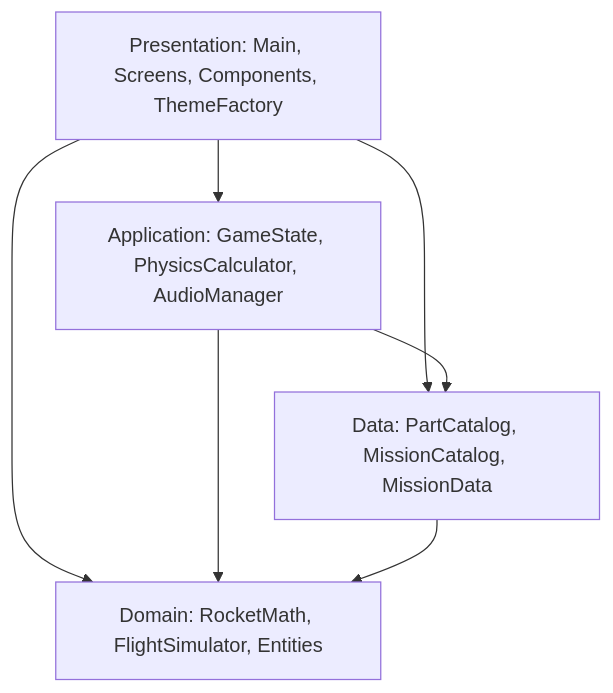
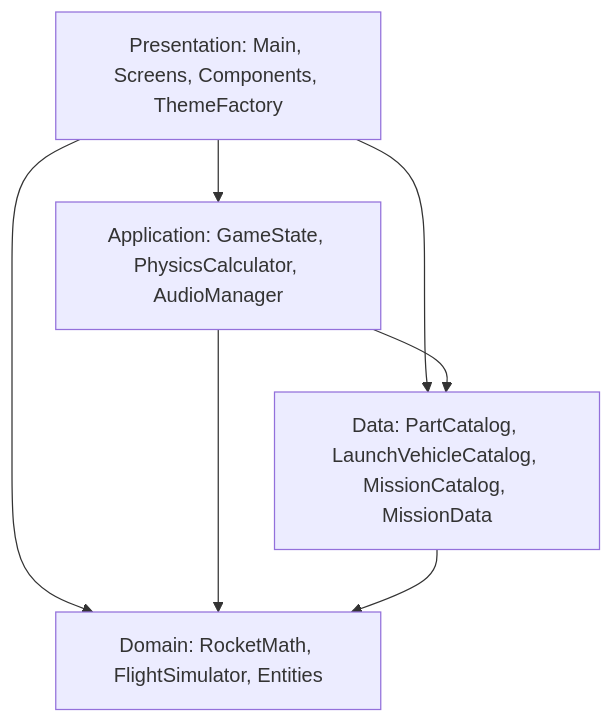
One commit to evert-aov/mision-critica changed the diagram in guia-desarrollador/00-ARQUITECTURA-Y-CONFIGURACION.md. Above: the diagram before and after it, drawn with Mermaid. The commit also changed other lines of this file and 10 other files, not shown here.

Commit message:
docs: update architecture guides and add requirements verification matrix

````diff
--- a/guia-desarrollador/00-ARQUITECTURA-Y-CONFIGURACION.md
+++ b/guia-desarrollador/00-ARQUITECTURA-Y-CONFIGURACION.md
@@ -7,9 +7,9 @@
 ```mermaid
 flowchart TB
   Pres[Presentation: Main, Screens, Components, ThemeFactory] --> App[Application: GameState, PhysicsCalculator, AudioManager]
-  Pres --> Data[Data: PartCatalog, MissionCatalog, MissionData]
+  Pres --> Data[Data: PartCatalog, LaunchVehicleCatalog, MissionCatalog, MissionData]
   Pres --> Dom[Domain: RocketMath, FlightSimulator, Entities]
   App --> Data
   App --> Dom
   Data --> Dom
 ```
````
